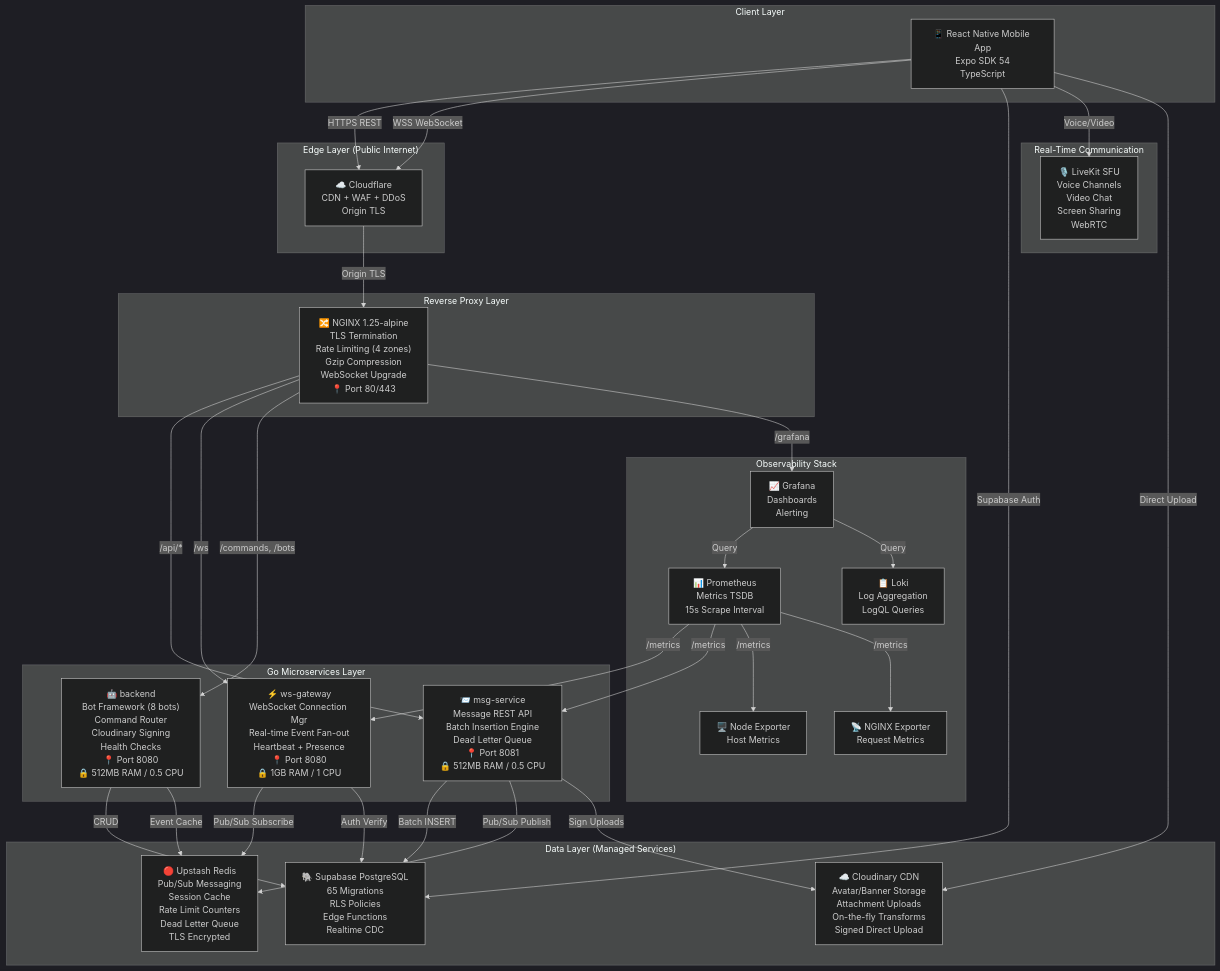
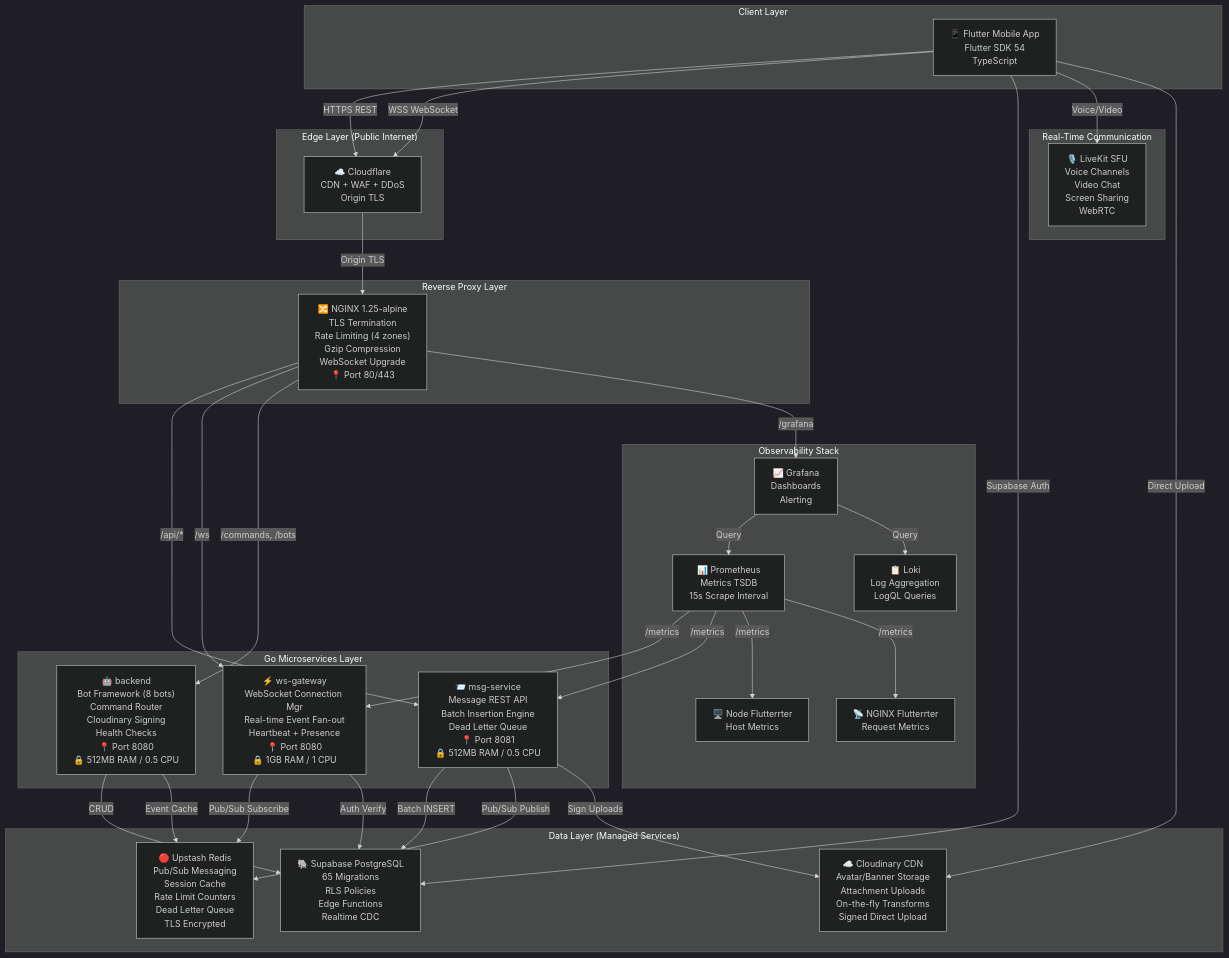
The first of 2 diagrams in docs/diagrams/system-architecture.md (Santosh-Prasad-Verma/Flicko), drawn with Mermaid (dark theme) before and after one commit. The commit also changed 3075 other files, not shown here.

````diff
--- a/docs/diagrams/system-architecture.md
+++ b/docs/diagrams/system-architecture.md
@@ -7,71 +7,71 @@
 ```mermaid
 graph TB
     subgraph Client["Client Layer"]
-        MOBILE["📱 React Native Mobile App<br/>Expo SDK 54<br/>TypeScript"]
+        MOBILE["📱 Flutter Mobile App<br/>Flutter SDK 54<br/>TypeScript"]
     end
 
     subgraph Edge["Edge Layer (Public Internet)"]
         CF["☁️ Cloudflare<br/>CDN + WAF + DDoS<br/>Origin TLS"]
     end
 
     subgraph ReverseProxy["Reverse Proxy Layer"]
         NGINX["🔀 NGINX 1.25-alpine<br/>TLS Termination<br/>Rate Limiting (4 zones)<br/>Gzip Compression<br/>WebSocket Upgrade<br/>📍 Port 80/443"]
     end
 
     subgraph GoServices["Go Microservices Layer"]
         WSG["⚡ ws-gateway<br/>WebSocket Connection Mgr<br/>Real-time Event Fan-out<br/>Heartbeat + Presence<br/>📍 Port 8080<br/>🔒 1GB RAM / 1 CPU"]
         MSG["📨 msg-service<br/>Message REST API<br/>Batch Insertion Engine<br/>Dead Letter Queue<br/>📍 Port 8081<br/>🔒 512MB RAM / 0.5 CPU"]
         BE["🤖 backend<br/>Bot Framework (8 bots)<br/>Command Router<br/>Cloudinary Signing<br/>Health Checks<br/>📍 Port 8080<br/>🔒 512MB RAM / 0.5 CPU"]
     end
 
     subgraph DataLayer["Data Layer (Managed Services)"]
         DB["🐘 Supabase PostgreSQL<br/>65 Migrations<br/>RLS Policies<br/>Edge Functions<br/>Realtime CDC"]
         REDIS["🔴 Upstash Redis<br/>Pub/Sub Messaging<br/>Session Cache<br/>Rate Limit Counters<br/>Dead Letter Queue<br/>TLS Encrypted"]
         CLOUD["☁️ Cloudinary CDN<br/>Avatar/Banner Storage<br/>Attachment Uploads<br/>On-the-fly Transforms<br/>Signed Direct Upload"]
     end
 
     subgraph RealTime["Real-Time Communication"]
         LK["🎙️ LiveKit SFU<br/>Voice Channels<br/>Video Chat<br/>Screen Sharing<br/>WebRTC"]
     end
 
     subgraph Monitoring["Observability Stack"]
         PROM["📊 Prometheus<br/>Metrics TSDB<br/>15s Scrape Interval"]
         GRAF["📈 Grafana<br/>Dashboards<br/>Alerting"]
         LOKI["📋 Loki<br/>Log Aggregation<br/>LogQL Queries"]
-        NODE["🖥️ Node Exporter<br/>Host Metrics"]
-        NGXEXP["📡 NGINX Exporter<br/>Request Metrics"]
+        NODE["🖥️ Node Flutterrter<br/>Host Metrics"]
+        NGXEXP["📡 NGINX Flutterrter<br/>Request Metrics"]
     end
 
     %% Client connections
     MOBILE -->|HTTPS REST| CF
     MOBILE -->|WSS WebSocket| CF
     MOBILE -->|Supabase Auth| DB
     MOBILE -->|Voice/Video| LK
     MOBILE -->|Direct Upload| CLOUD
 
     %% Edge to proxy
     CF -->|Origin TLS| NGINX
 
     %% Proxy to services
     NGINX -->|/api/*| MSG
     NGINX -->|/ws| WSG
     NGINX -->|/commands, /bots| BE
     NGINX -->|/grafana| GRAF
 
     %% Service to data
     WSG -->|Pub/Sub Subscribe| REDIS
     WSG -->|Auth Verify| DB
     MSG -->|Batch INSERT| DB
     MSG -->|Pub/Sub Publish| REDIS
     MSG -->|Sign Uploads| CLOUD
     BE -->|CRUD| DB
     BE -->|Event Cache| REDIS
 
     %% Monitoring connections
     PROM -->|/metrics| WSG
     PROM -->|/metrics| MSG
     PROM -->|/metrics| NODE
     PROM -->|/metrics| NGXEXP
     GRAF -->|Query| PROM
     GRAF -->|Query| LOKI
 ```
````
